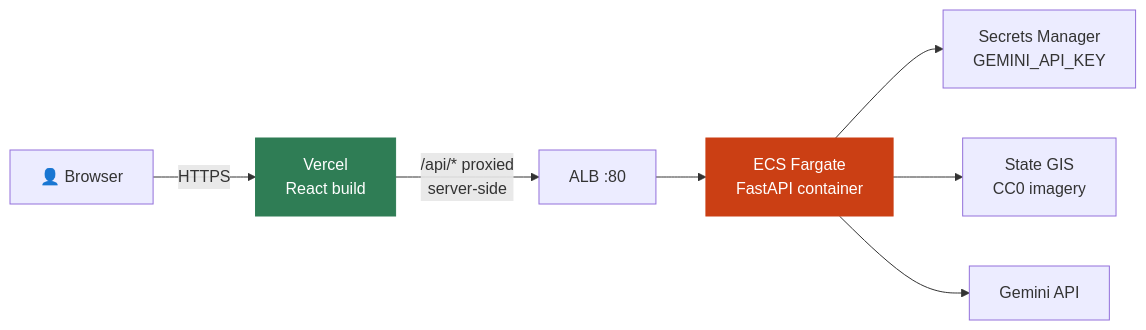
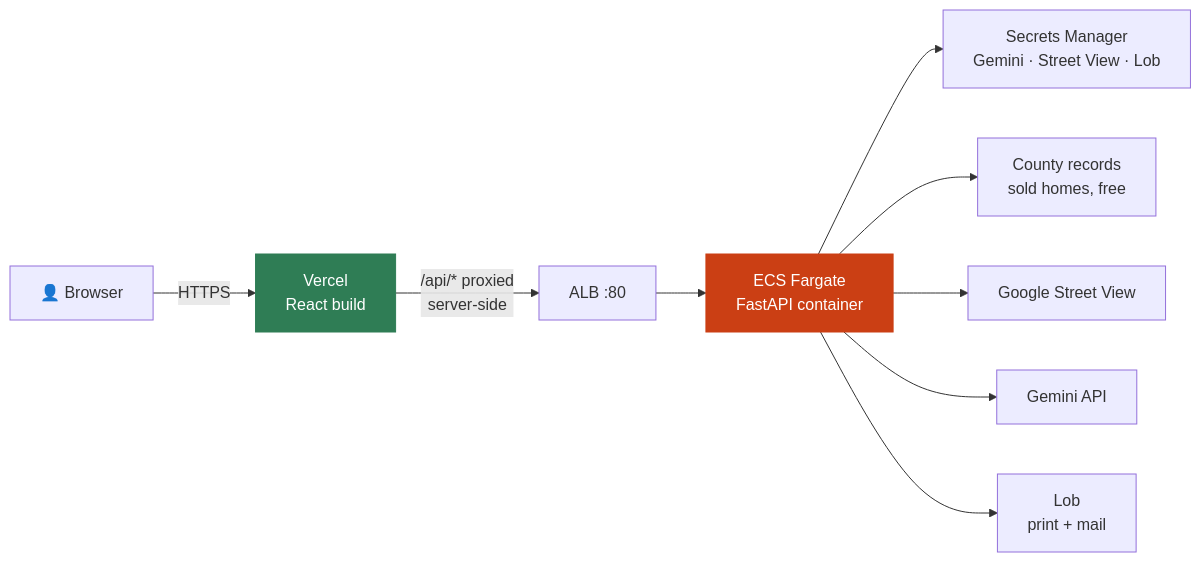
Before and after one commit to Zerubabel-J/curbside: the fifth of 5 diagrams in README.md, drawn with Mermaid. The commit also changed other lines of this file and 3 other files, not shown here.

Commit message:
docs: update README for ZIP campaigns and street view; feat: /sold endpoint

````diff
--- a/README.md
+++ b/README.md
@@ -344,12 +496,14 @@
 ```mermaid
 flowchart LR
     U["👤 Browser"] -->|HTTPS| V["Vercel<br/>React build"]
     V -->|"/api/* proxied<br/>server-side"| ALB["ALB :80"]
     ALB --> ECS["ECS Fargate<br/>FastAPI container"]
-    ECS --> SM["Secrets Manager<br/>GEMINI_API_KEY"]
-    ECS --> GIS["State GIS<br/>CC0 imagery"]
+    ECS --> SM["Secrets Manager<br/>Gemini · Street View · Lob"]
+    ECS --> CTY["County records<br/>sold homes, free"]
+    ECS --> SV["Google Street View"]
     ECS --> GEM["Gemini API"]
+    ECS --> LOB["Lob<br/>print + mail"]
 
     style ECS fill:#cb3f14,stroke:#cb3f14,color:#fff
     style V fill:#2f7d55,stroke:#2f7d55,color:#fff
 ```
````
